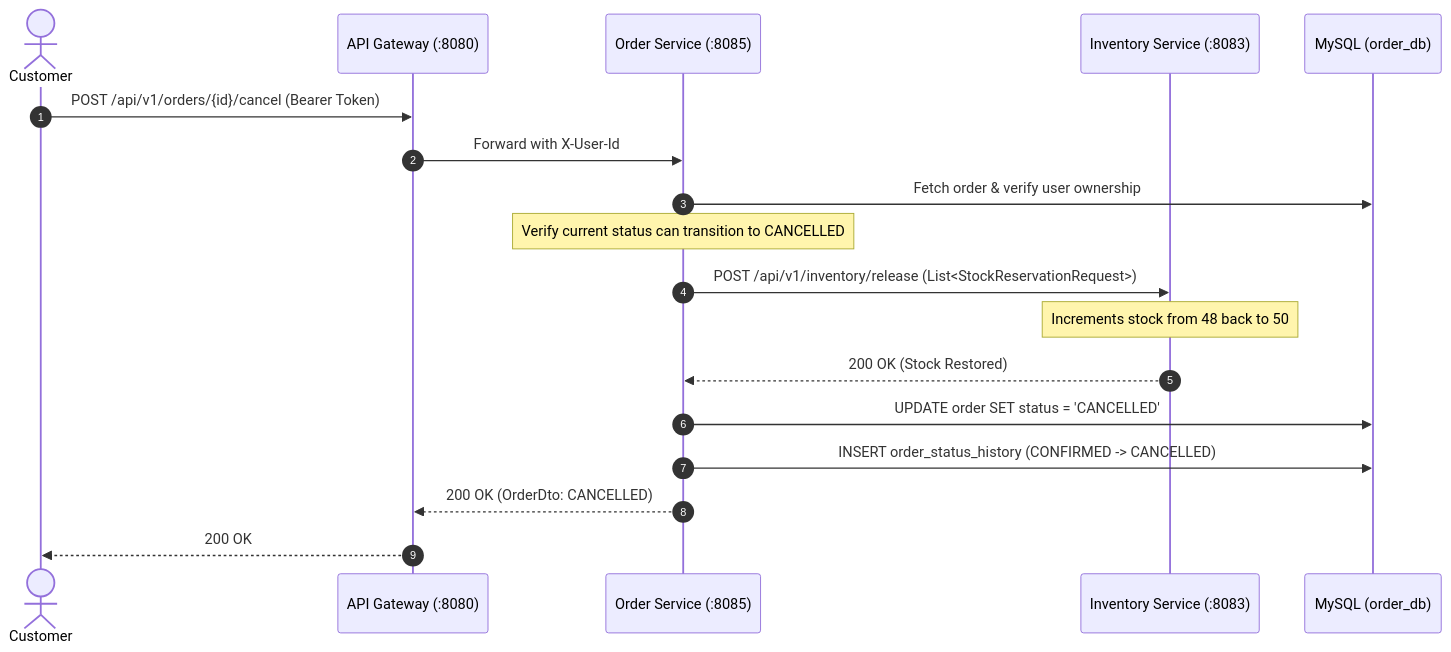
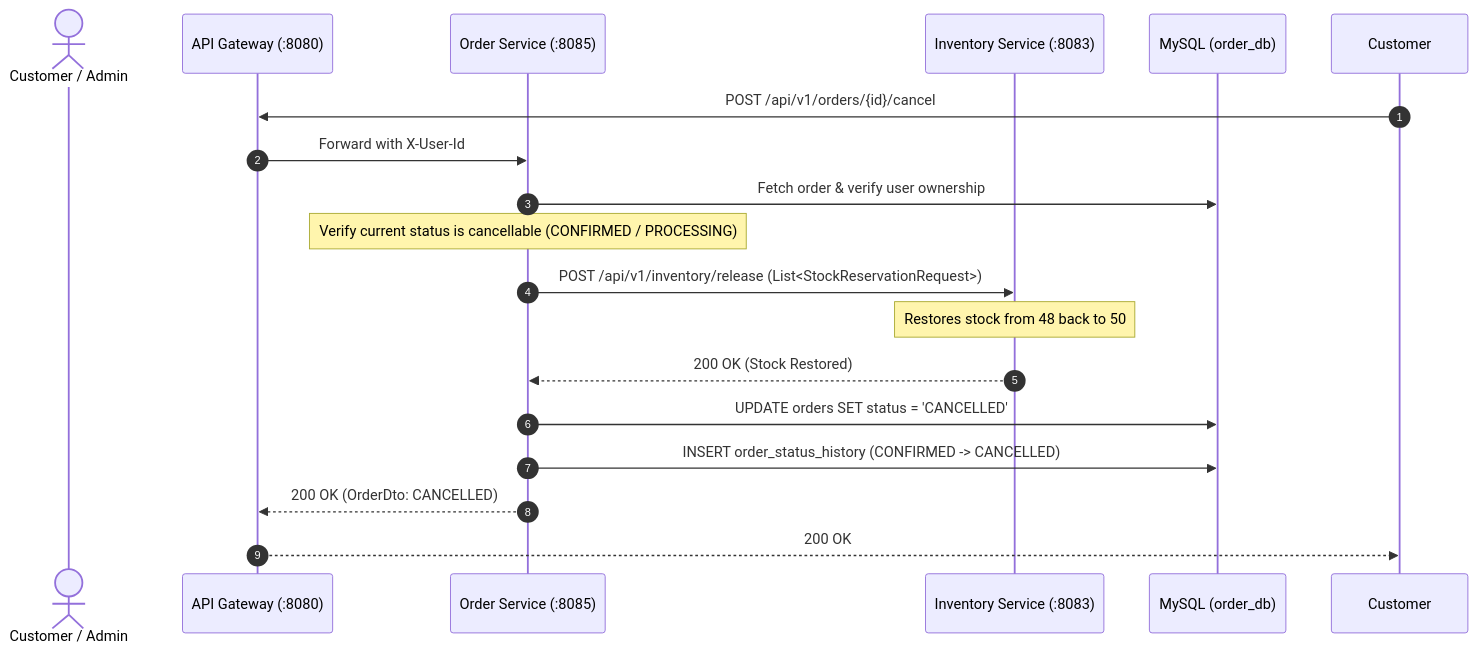
One commit to AyushGupta04/novatech-microservices-platform changed the sixth of 6 diagrams in COMPLETE_FLOW_GUIDE.md. Above: the diagram before and after it, drawn with Mermaid. The commit also changed other lines of this file and 1 other file, not shown here.

````diff
--- a/COMPLETE_FLOW_GUIDE.md
+++ b/COMPLETE_FLOW_GUIDE.md
@@ -196,21 +251,21 @@
 ```mermaid
 sequenceDiagram
     autonumber
-    actor Customer
+    actor Customer / Admin
     participant Gateway as API Gateway (:8080)
     participant Order as Order Service (:8085)
     participant Inventory as Inventory Service (:8083)
     participant DB as MySQL (order_db)
 
-    Customer->>Gateway: POST /api/v1/orders/{id}/cancel (Bearer Token)
+    Customer->>Gateway: POST /api/v1/orders/{id}/cancel
     Gateway->>Order: Forward with X-User-Id
     Order->>DB: Fetch order & verify user ownership
-    Note over Order: Verify current status can transition to CANCELLED
+    Note over Order: Verify current status is cancellable (CONFIRMED / PROCESSING)
     Order->>Inventory: POST /api/v1/inventory/release (List<StockReservationRequest>)
-    Note over Inventory: Increments stock from 48 back to 50
+    Note over Inventory: Restores stock from 48 back to 50
     Inventory-->>Order: 200 OK (Stock Restored)
-    Order->>DB: UPDATE order SET status = 'CANCELLED'
+    Order->>DB: UPDATE orders SET status = 'CANCELLED'
     Order->>DB: INSERT order_status_history (CONFIRMED -> CANCELLED)
     Order-->>Gateway: 200 OK (OrderDto: CANCELLED)
     Gateway-->>Customer: 200 OK
 ```
````
